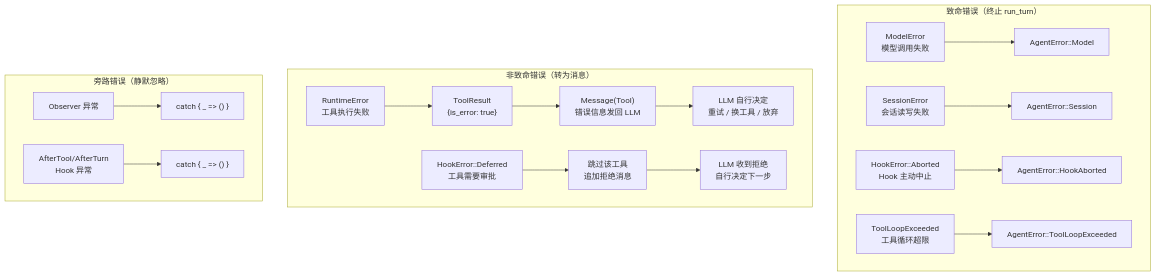
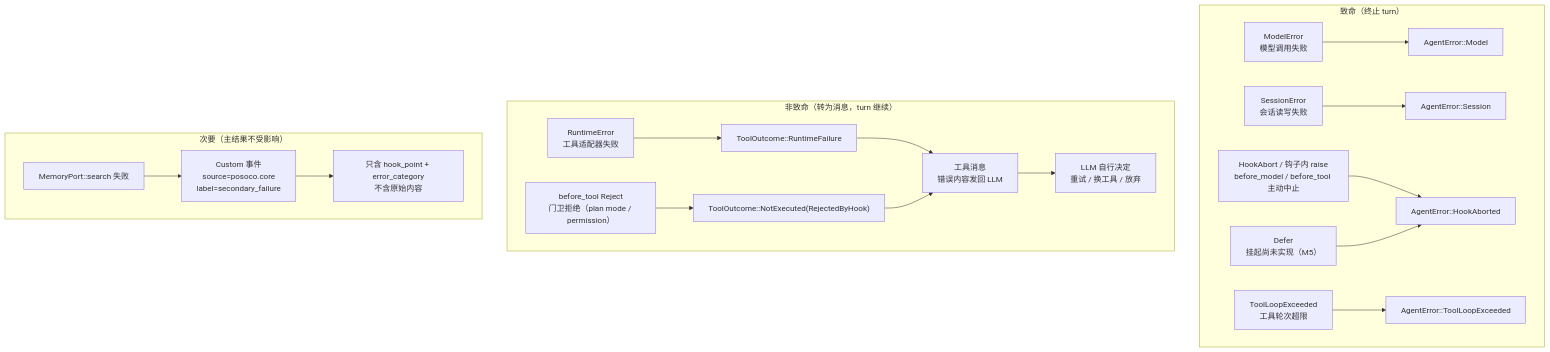
One commit to colmugx/posoco changed the fifth of 5 diagrams in docs/02-architecture.md. Above: the diagram before and after it, drawn with Mermaid. The commit also changed other lines of this file and 4 other files, not shown here.

Commit message:
docs: update documentation for new architecture and API changes

````diff
--- a/docs/02-architecture.md
+++ b/docs/02-architecture.md
@@ -252,23 +254,23 @@
 ```mermaid
 flowchart TD
-  subgraph "致命错误（终止 run_turn）"
+  subgraph "致命（终止 turn）"
     M_ERR["ModelError<br/>模型调用失败"] --> AGENT["AgentError::Model"]
     S_ERR["SessionError<br/>会话读写失败"] --> AGENT2["AgentError::Session"]
-    H_ABORT["HookError::Aborted<br/>Hook 主动中止"] --> AGENT3["AgentError::HookAborted"]
-    T_LOOP["ToolLoopExceeded<br/>工具循环超限"] --> AGENT4["AgentError::ToolLoopExceeded"]
+    H_ABORT["HookAbort / 钩子内 raise<br/>before_model / before_tool 主动中止"] --> AGENT3["AgentError::HookAborted"]
+    H_DEFER["Defer<br/>挂起尚未实现（M5）"] --> AGENT3
+    T_LOOP["ToolLoopExceeded<br/>工具轮次超限"] --> AGENT4["AgentError::ToolLoopExceeded"]
   end
 
-  subgraph "非致命错误（转为消息）"
-    R_ERR["RuntimeError<br/>工具执行失败"] --> TOOL_RESULT["ToolResult<br/>{is_error: true}"]
-    TOOL_RESULT --> MSG["Message(Tool)<br/>错误信息发回 LLM"]
+  subgraph "非致命（转为消息，turn 继续）"
+    R_ERR["RuntimeError<br/>工具适配器失败"] --> TOOL_RESULT["ToolOutcome::RuntimeFailure"]
+    TOOL_RESULT --> MSG["工具消息<br/>错误内容发回 LLM"]
+    H_REJECT["before_tool Reject<br/>门卫拒绝（plan mode / permission）"] --> NOT_EXEC["ToolOutcome::NotExecuted(RejectedByHook)"]
+    NOT_EXEC --> MSG
     MSG --> LLM_DECIDE["LLM 自行决定<br/>重试 / 换工具 / 放弃"]
-
-    H_DEFER["HookError::Deferred<br/>工具需要审批"] --> SKIP["跳过该工具<br/>追加拒绝消息"]
-    SKIP --> LLM_DECIDE2["LLM 收到拒绝<br/>自行决定下一步"]
   end
 
-  subgraph "旁路错误（静默忽略）"
-    OBS_ERR["Observer 异常"] --> IGNORE["catch { _ => () }"]
-    AFTER_HOOK["AfterTool/AfterTurn<br/>Hook 异常"] --> IGNORE2["catch { _ => () }"]
+  subgraph "次要（主结果不受影响）"
+    AFTER_HOOK["MemoryPort::search 失败"] --> DIAG["Custom 事件<br/>source=posoco.core<br/>label=secondary_failure"]
+    DIAG --> SAFE_FIELDS["只含 hook_point + error_category<br/>不含原始内容"]
   end
 ```
````
